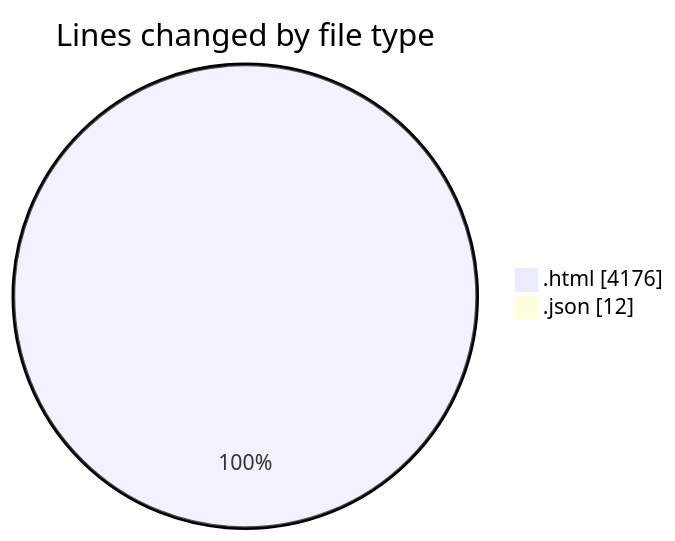
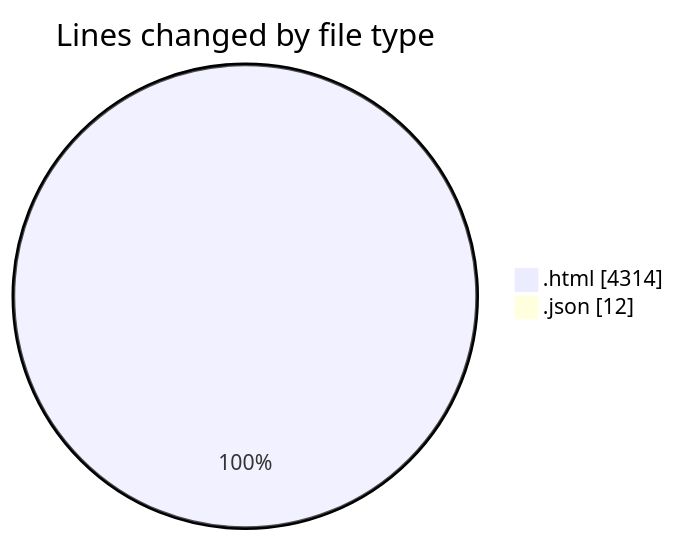
One commit to momahboobian/code-tracking changed the first of 2 diagrams in 2026-05-21/pdf_invoice/README.md. Above: the diagram before and after it, drawn with Mermaid. The commit also changed other lines of this file and 1 other file, not shown here.

````diff
--- a/2026-05-21/pdf_invoice/README.md
+++ b/2026-05-21/pdf_invoice/README.md
@@ -26,6 +26,6 @@
 ```mermaid
 pie showData
 title Lines changed by file type
-".html" : 4176
+".html" : 4314
 ".json" : 12
 ```
````
